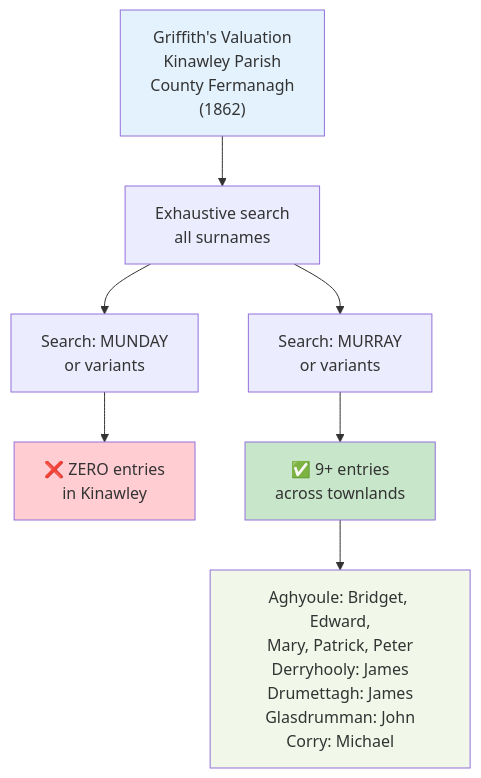
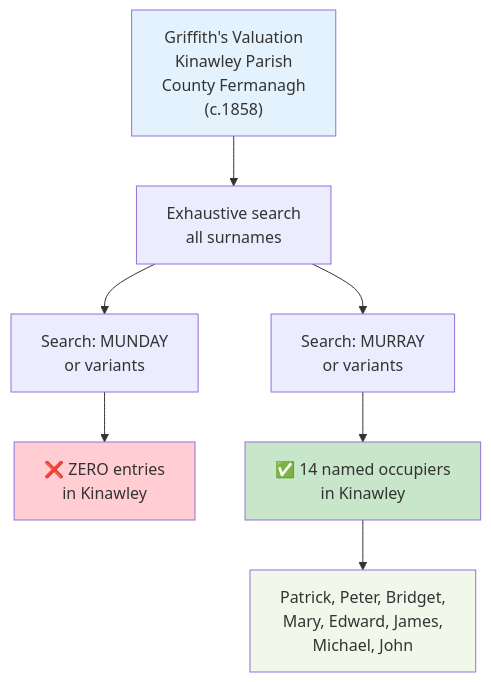
Before and after one commit to zcopley/copley-family-research: the first of 2 diagrams in RQ-M5-PHASE-2-FINDINGS.md, drawn with Mermaid. The commit also changed other lines of this file and 15 other files, not shown here.

Commit message:
Resolve RQ-M5 and add Gatton branch chart

````diff
--- a/RQ-M5-PHASE-2-FINDINGS.md
+++ b/RQ-M5-PHASE-2-FINDINGS.md
@@ -16,19 +16,19 @@
 ```mermaid
 graph TB
-    GV["Griffith's Valuation<br/>Kinawley Parish<br/>County Fermanagh<br/>(1862)"]
+    GV["Griffith's Valuation<br/>Kinawley Parish<br/>County Fermanagh<br/>(c.1858)"]
     
     GV --> SEARCH["Exhaustive search<br/>all surnames"]
     
     SEARCH --> MUNDAY["Search: MUNDAY<br/>or variants"]
     SEARCH --> MURRAY["Search: MURRAY<br/>or variants"]
     
     MUNDAY --> MUN_RESULT["❌ ZERO entries<br/>in Kinawley"]
-    MURRAY --> MUR_RESULT["✅ 9+ entries<br/>across townlands"]
+    MURRAY --> MUR_RESULT["✅ 14 named occupiers<br/>in Kinawley"]
     
-    MUR_RESULT --> DETAIL["Aghyoule: Bridget, Edward,<br/>Mary, Patrick, Peter<br/>Derryhooly: James<br/>Drumettagh: James<br/>Glasdrumman: John<br/>Corry: Michael"]
+    MUR_RESULT --> DETAIL["Patrick, Peter, Bridget,<br/>Mary, Edward, James,<br/>Michael, John"]
     
     style GV fill:#e3f2fd
     style MUN_RESULT fill:#ffcdd2
     style MUR_RESULT fill:#c8e6c9
     style DETAIL fill:#f1f8e9
 ```
````
